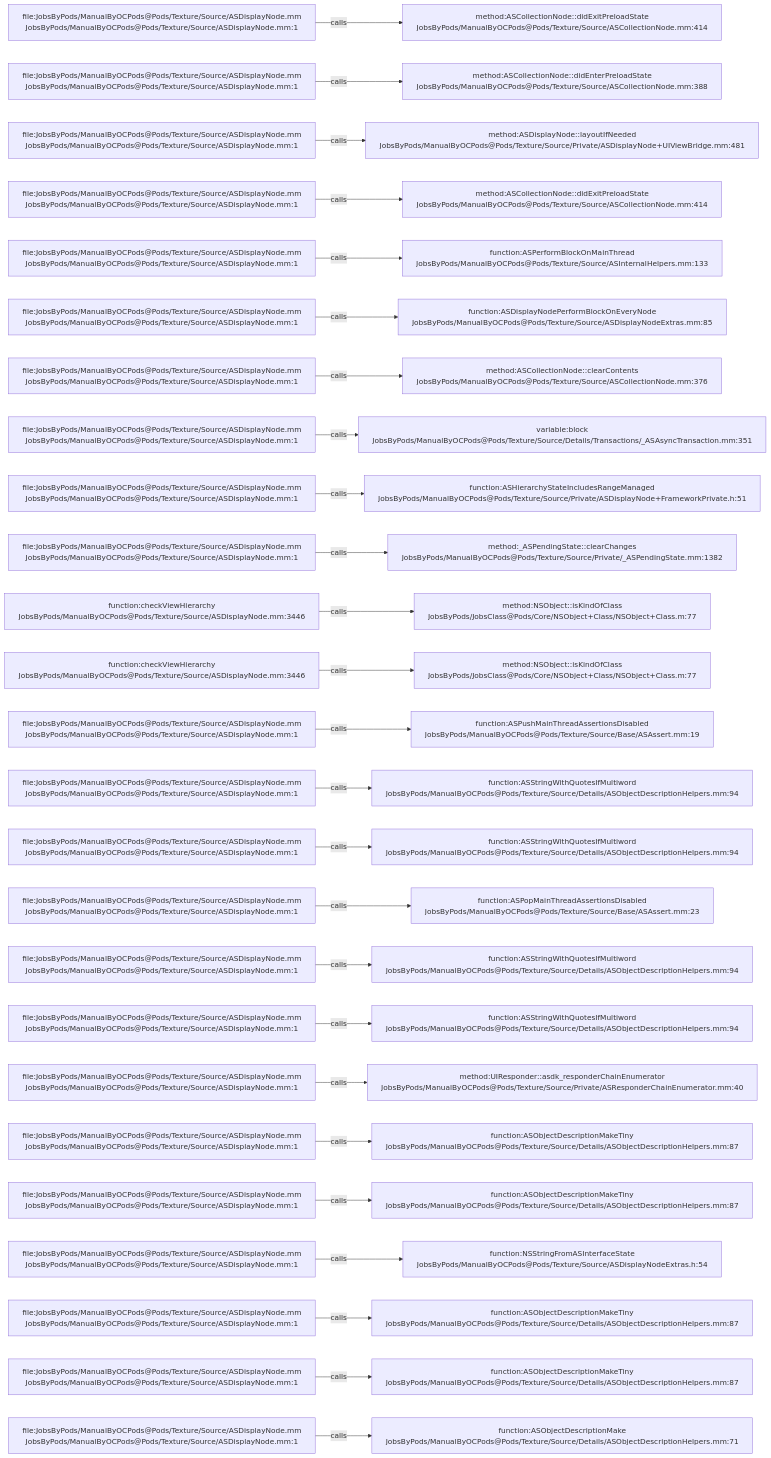
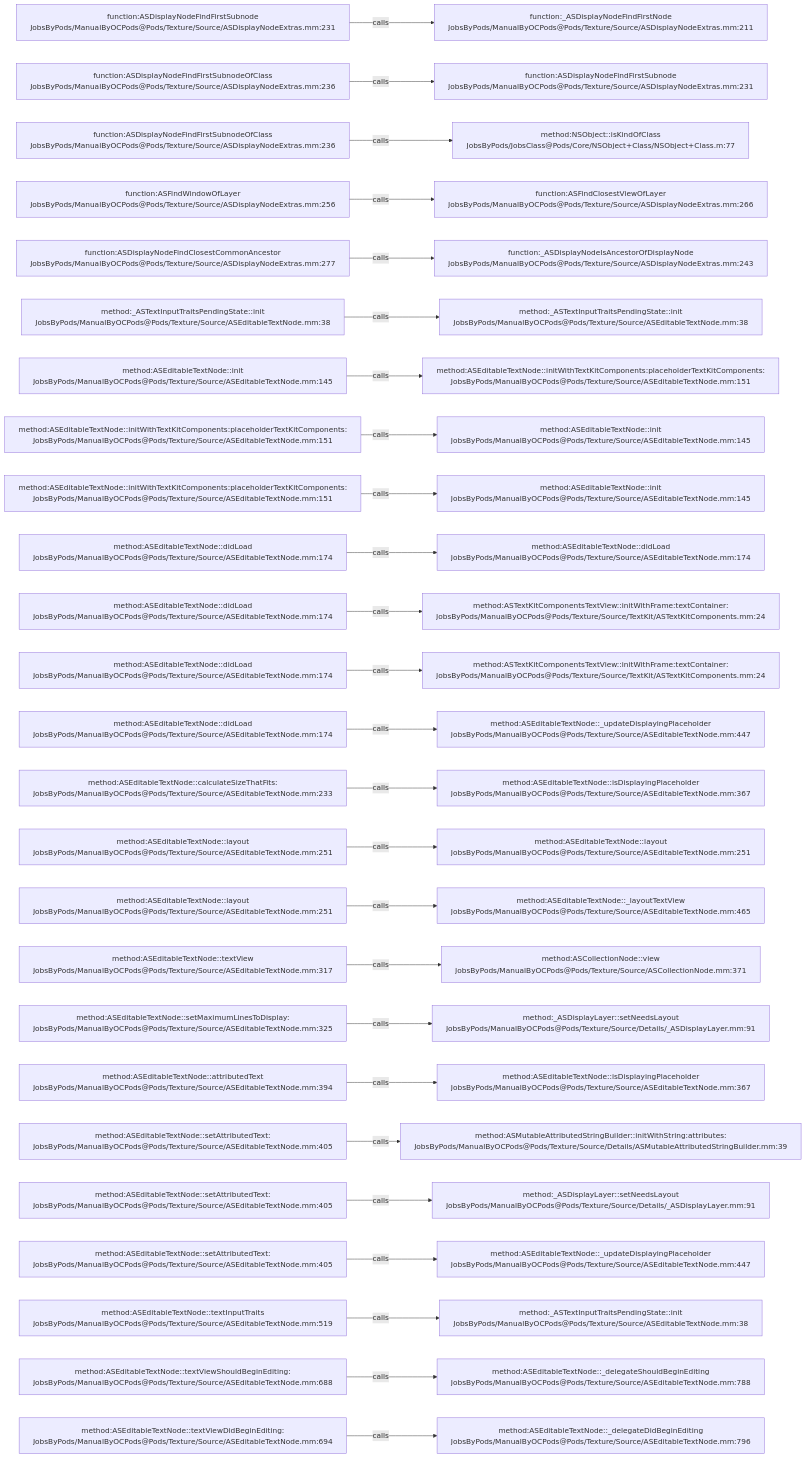
Before and after one commit to JobsKits/JobsOCBaseConfigDemo: the diagram in .codegraph/codegraph.md/graphs/calls-105.md, drawn with Mermaid. The commit also changed 1353 other files, not shown here.

````diff
--- a/.codegraph/codegraph.md/graphs/calls-105.md
+++ b/.codegraph/codegraph.md/graphs/calls-105.md
@@ -13,78 +13,78 @@
 ```mermaid
 flowchart LR
-  S1["file:JobsByPods/ManualByOCPods@Pods/Texture/Source/ASDisplayNode.mm<br/>JobsByPods/ManualByOCPods@Pods/Texture/Source/ASDisplayNode.mm:1"]
-  T1["method:ASCollectionNode::didExitPreloadState<br/>JobsByPods/ManualByOCPods@Pods/Texture/Source/ASCollectionNode.mm:414"]
+  S1["function:ASDisplayNodeFindFirstSubnode<br/>JobsByPods/ManualByOCPods@Pods/Texture/Source/ASDisplayNodeExtras.mm:231"]
+  T1["function:_ASDisplayNodeFindFirstNode<br/>JobsByPods/ManualByOCPods@Pods/Texture/Source/ASDisplayNodeExtras.mm:211"]
   S1 -->|calls| T1
-  S2["file:JobsByPods/ManualByOCPods@Pods/Texture/Source/ASDisplayNode.mm<br/>JobsByPods/ManualByOCPods@Pods/Texture/Source/ASDisplayNode.mm:1"]
-  T2["method:ASCollectionNode::didEnterPreloadState<br/>JobsByPods/ManualByOCPods@Pods/Texture/Source/ASCollectionNode.mm:388"]
+  S2["function:ASDisplayNodeFindFirstSubnodeOfClass<br/>JobsByPods/ManualByOCPods@Pods/Texture/Source/ASDisplayNodeExtras.mm:236"]
+  T2["function:ASDisplayNodeFindFirstSubnode<br/>JobsByPods/ManualByOCPods@Pods/Texture/Source/ASDisplayNodeExtras.mm:231"]
   S2 -->|calls| T2
-  S3["file:JobsByPods/ManualByOCPods@Pods/Texture/Source/ASDisplayNode.mm<br/>JobsByPods/ManualByOCPods@Pods/Texture/Source/ASDisplayNode.mm:1"]
-  T3["method:ASDisplayNode::layoutIfNeeded<br/>JobsByPods/ManualByOCPods@Pods/Texture/Source/Private/ASDisplayNode+UIViewBridge.mm:481"]
+  S3["function:ASDisplayNodeFindFirstSubnodeOfClass<br/>JobsByPods/ManualByOCPods@Pods/Texture/Source/ASDisplayNodeExtras.mm:236"]
+  T3["method:NSObject::isKindOfClass<br/>JobsByPods/JobsClass@Pods/Core/NSObject+Class/NSObject+Class.m:77"]
   S3 -->|calls| T3
-  S4["file:JobsByPods/ManualByOCPods@Pods/Texture/Source/ASDisplayNode.mm<br/>JobsByPods/ManualByOCPods@Pods/Texture/Source/ASDisplayNode.mm:1"]
-  T4["method:ASCollectionNode::didExitPreloadState<br/>JobsByPods/ManualByOCPods@Pods/Texture/Source/ASCollectionNode.mm:414"]
+  S4["function:ASFindWindowOfLayer<br/>JobsByPods/ManualByOCPods@Pods/Texture/Source/ASDisplayNodeExtras.mm:256"]
+  T4["function:ASFindClosestViewOfLayer<br/>JobsByPods/ManualByOCPods@Pods/Texture/Source/ASDisplayNodeExtras.mm:266"]
   S4 -->|calls| T4
-  S5["file:JobsByPods/ManualByOCPods@Pods/Texture/Source/ASDisplayNode.mm<br/>JobsByPods/ManualByOCPods@Pods/Texture/Source/ASDisplayNode.mm:1"]
-  T5["function:ASPerformBlockOnMainThread<br/>JobsByPods/ManualByOCPods@Pods/Texture/Source/ASInternalHelpers.mm:133"]
+  S5["function:ASDisplayNodeFindClosestCommonAncestor<br/>JobsByPods/ManualByOCPods@Pods/Texture/Source/ASDisplayNodeExtras.mm:277"]
+  T5["function:_ASDisplayNodeIsAncestorOfDisplayNode<br/>JobsByPods/ManualByOCPods@Pods/Texture/Source/ASDisplayNodeExtras.mm:243"]
   S5 -->|calls| T5
-  S6["file:JobsByPods/ManualByOCPods@Pods/Texture/Source/ASDisplayNode.mm<br/>JobsByPods/ManualByOCPods@Pods/Texture/Source/ASDisplayNode.mm:1"]
-  T6["function:ASDisplayNodePerformBlockOnEveryNode<br/>JobsByPods/ManualByOCPods@Pods/Texture/Source/ASDisplayNodeExtras.mm:85"]
+  S6["method:_ASTextInputTraitsPendingState::init<br/>JobsByPods/ManualByOCPods@Pods/Texture/Source/ASEditableTextNode.mm:38"]
+  T6["method:_ASTextInputTraitsPendingState::init<br/>JobsByPods/ManualByOCPods@Pods/Texture/Source/ASEditableTextNode.mm:38"]
   S6 -->|calls| T6
-  S7["file:JobsByPods/ManualByOCPods@Pods/Texture/Source/ASDisplayNode.mm<br/>JobsByPods/ManualByOCPods@Pods/Texture/Source/ASDisplayNode.mm:1"]
-  T7["method:ASCollectionNode::clearContents<br/>JobsByPods/ManualByOCPods@Pods/Texture/Source/ASCollectionNode.mm:376"]
+  S7["method:ASEditableTextNode::init<br/>JobsByPods/ManualByOCPods@Pods/Texture/Source/ASEditableTextNode.mm:145"]
+  T7["method:ASEditableTextNode::initWithTextKitComponents:placeholderTextKitComponents:<br/>JobsByPods/ManualByOCPods@Pods/Texture/Source/ASEditableTextNode.mm:151"]
   S7 -->|calls| T7
-  S8["file:JobsByPods/ManualByOCPods@Pods/Texture/Source/ASDisplayNode.mm<br/>JobsByPods/ManualByOCPods@Pods/Texture/Source/ASDisplayNode.mm:1"]
-  T8["variable:block<br/>JobsByPods/ManualByOCPods@Pods/Texture/Source/Details/Transactions/_ASAsyncTransaction.mm:351"]
+  S8["method:ASEditableTextNode::initWithTextKitComponents:placeholderTextKitComponents:<br/>JobsByPods/ManualByOCPods@Pods/Texture/Source/ASEditableTextNode.mm:151"]
+  T8["method:ASEditableTextNode::init<br/>JobsByPods/ManualByOCPods@Pods/Texture/Source/ASEditableTextNode.mm:145"]
   S8 -->|calls| T8
-  S9["file:JobsByPods/ManualByOCPods@Pods/Texture/Source/ASDisplayNode.mm<br/>JobsByPods/ManualByOCPods@Pods/Texture/Source/ASDisplayNode.mm:1"]
-  T9["function:ASHierarchyStateIncludesRangeManaged<br/>JobsByPods/ManualByOCPods@Pods/Texture/Source/Private/ASDisplayNode+FrameworkPrivate.h:51"]
+  S9["method:ASEditableTextNode::initWithTextKitComponents:placeholderTextKitComponents:<br/>JobsByPods/ManualByOCPods@Pods/Texture/Source/ASEditableTextNode.mm:151"]
+  T9["method:ASEditableTextNode::init<br/>JobsByPods/ManualByOCPods@Pods/Texture/Source/ASEditableTextNode.mm:145"]
   S9 -->|calls| T9
-  S10["file:JobsByPods/ManualByOCPods@Pods/Texture/Source/ASDisplayNode.mm<br/>JobsByPods/ManualByOCPods@Pods/Texture/Source/ASDisplayNode.mm:1"]
-  T10["method:_ASPendingState::clearChanges<br/>JobsByPods/ManualByOCPods@Pods/Texture/Source/Private/_ASPendingState.mm:1382"]
+  S10["method:ASEditableTextNode::didLoad<br/>JobsByPods/ManualByOCPods@Pods/Texture/Source/ASEditableTextNode.mm:174"]
+  T10["method:ASEditableTextNode::didLoad<br/>JobsByPods/ManualByOCPods@Pods/Texture/Source/ASEditableTextNode.mm:174"]
   S10 -->|calls| T10
-  S11["function:checkViewHierarchy<br/>JobsByPods/ManualByOCPods@Pods/Texture/Source/ASDisplayNode.mm:3446"]
-  T11["method:NSObject::isKindOfClass<br/>JobsByPods/JobsClass@Pods/Core/NSObject+Class/NSObject+Class.m:77"]
+  S11["method:ASEditableTextNode::didLoad<br/>JobsByPods/ManualByOCPods@Pods/Texture/Source/ASEditableTextNode.mm:174"]
+  T11["method:ASTextKitComponentsTextView::initWithFrame:textContainer:<br/>JobsByPods/ManualByOCPods@Pods/Texture/Source/TextKit/ASTextKitComponents.mm:24"]
   S11 -->|calls| T11
-  S12["function:checkViewHierarchy<br/>JobsByPods/ManualByOCPods@Pods/Texture/Source/ASDisplayNode.mm:3446"]
-  T12["method:NSObject::isKindOfClass<br/>JobsByPods/JobsClass@Pods/Core/NSObject+Class/NSObject+Class.m:77"]
+  S12["method:ASEditableTextNode::didLoad<br/>JobsByPods/ManualByOCPods@Pods/Texture/Source/ASEditableTextNode.mm:174"]
+  T12["method:ASTextKitComponentsTextView::initWithFrame:textContainer:<br/>JobsByPods/ManualByOCPods@Pods/Texture/Source/TextKit/ASTextKitComponents.mm:24"]
   S12 -->|calls| T12
-  S13["file:JobsByPods/ManualByOCPods@Pods/Texture/Source/ASDisplayNode.mm<br/>JobsByPods/ManualByOCPods@Pods/Texture/Source/ASDisplayNode.mm:1"]
-  T13["function:ASPushMainThreadAssertionsDisabled<br/>JobsByPods/ManualByOCPods@Pods/Texture/Source/Base/ASAssert.mm:19"]
+  S13["method:ASEditableTextNode::didLoad<br/>JobsByPods/ManualByOCPods@Pods/Texture/Source/ASEditableTextNode.mm:174"]
+  T13["method:ASEditableTextNode::_updateDisplayingPlaceholder<br/>JobsByPods/ManualByOCPods@Pods/Texture/Source/ASEditableTextNode.mm:447"]
   S13 -->|calls| T13
-  S14["file:JobsByPods/ManualByOCPods@Pods/Texture/Source/ASDisplayNode.mm<br/>JobsByPods/ManualByOCPods@Pods/Texture/Source/ASDisplayNode.mm:1"]
-  T14["function:ASStringWithQuotesIfMultiword<br/>JobsByPods/ManualByOCPods@Pods/Texture/Source/Details/ASObjectDescriptionHelpers.mm:94"]
+  S14["method:ASEditableTextNode::calculateSizeThatFits:<br/>JobsByPods/ManualByOCPods@Pods/Texture/Source/ASEditableTextNode.mm:233"]
+  T14["method:ASEditableTextNode::isDisplayingPlaceholder<br/>JobsByPods/ManualByOCPods@Pods/Texture/Source/ASEditableTextNode.mm:367"]
   S14 -->|calls| T14
-  S15["file:JobsByPods/ManualByOCPods@Pods/Texture/Source/ASDisplayNode.mm<br/>JobsByPods/ManualByOCPods@Pods/Texture/Source/ASDisplayNode.mm:1"]
-  T15["function:ASStringWithQuotesIfMultiword<br/>JobsByPods/ManualByOCPods@Pods/Texture/Source/Details/ASObjectDescriptionHelpers.mm:94"]
+  S15["method:ASEditableTextNode::layout<br/>JobsByPods/ManualByOCPods@Pods/Texture/Source/ASEditableTextNode.mm:251"]
+  T15["method:ASEditableTextNode::layout<br/>JobsByPods/ManualByOCPods@Pods/Texture/Source/ASEditableTextNode.mm:251"]
   S15 -->|calls| T15
-  S16["file:JobsByPods/ManualByOCPods@Pods/Texture/Source/ASDisplayNode.mm<br/>JobsByPods/ManualByOCPods@Pods/Texture/Source/ASDisplayNode.mm:1"]
-  T16["function:ASPopMainThreadAssertionsDisabled<br/>JobsByPods/ManualByOCPods@Pods/Texture/Source/Base/ASAssert.mm:23"]
+  S16["method:ASEditableTextNode::layout<br/>JobsByPods/ManualByOCPods@Pods/Texture/Source/ASEditableTextNode.mm:251"]
+  T16["method:ASEditableTextNode::_layoutTextView<br/>JobsByPods/ManualByOCPods@Pods/Texture/Source/ASEditableTextNode.mm:465"]
   S16 -->|calls| T16
-  S17["file:JobsByPods/ManualByOCPods@Pods/Texture/Source/ASDisplayNode.mm<br/>JobsByPods/ManualByOCPods@Pods/Texture/Source/ASDisplayNode.mm:1"]
-  T17["function:ASStringWithQuotesIfMultiword<br/>JobsByPods/ManualByOCPods@Pods/Texture/Source/Details/ASObjectDescriptionHelpers.mm:94"]
+  S17["method:ASEditableTextNode::textView<br/>JobsByPods/ManualByOCPods@Pods/Texture/Source/ASEditableTextNode.mm:317"]
+  T17["method:ASCollectionNode::view<br/>JobsByPods/ManualByOCPods@Pods/Texture/Source/ASCollectionNode.mm:371"]
   S17 -->|calls| T17
-  S18["file:JobsByPods/ManualByOCPods@Pods/Texture/Source/ASDisplayNode.mm<br/>JobsByPods/ManualByOCPods@Pods/Texture/Source/ASDisplayNode.mm:1"]
-  T18["function:ASStringWithQuotesIfMultiword<br/>JobsByPods/ManualByOCPods@Pods/Texture/Source/Details/ASObjectDescriptionHelpers.mm:94"]
+  S18["method:ASEditableTextNode::setMaximumLinesToDisplay:<br/>JobsByPods/ManualByOCPods@Pods/Texture/Source/ASEditableTextNode.mm:325"]
+  T18["method:_ASDisplayLayer::setNeedsLayout<br/>JobsByPods/ManualByOCPods@Pods/Texture/Source/Details/_ASDisplayLayer.mm:91"]
   S18 -->|calls| T18
-  S19["file:JobsByPods/ManualByOCPods@Pods/Texture/Source/ASDisplayNode.mm<br/>JobsByPods/ManualByOCPods@Pods/Texture/Source/ASDisplayNode.mm:1"]
-  T19["method:UIResponder::asdk_responderChainEnumerator<br/>JobsByPods/ManualByOCPods@Pods/Texture/Source/Private/ASResponderChainEnumerator.mm:40"]
+  S19["method:ASEditableTextNode::attributedText<br/>JobsByPods/ManualByOCPods@Pods/Texture/Source/ASEditableTextNode.mm:394"]
+  T19["method:ASEditableTextNode::isDisplayingPlaceholder<br/>JobsByPods/ManualByOCPods@Pods/Texture/Source/ASEditableTextNode.mm:367"]
   S19 -->|calls| T19
-  S20["file:JobsByPods/ManualByOCPods@Pods/Texture/Source/ASDisplayNode.mm<br/>JobsByPods/ManualByOCPods@Pods/Texture/Source/ASDisplayNode.mm:1"]
-  T20["function:ASObjectDescriptionMakeTiny<br/>JobsByPods/ManualByOCPods@Pods/Texture/Source/Details/ASObjectDescriptionHelpers.mm:87"]
+  S20["method:ASEditableTextNode::setAttributedText:<br/>JobsByPods/ManualByOCPods@Pods/Texture/Source/ASEditableTextNode.mm:405"]
+  T20["method:ASMutableAttributedStringBuilder::initWithString:attributes:<br/>JobsByPods/ManualByOCPods@Pods/Texture/Source/Details/ASMutableAttributedStringBuilder.mm:39"]
   S20 -->|calls| T20
-  S21["file:JobsByPods/ManualByOCPods@Pods/Texture/Source/ASDisplayNode.mm<br/>JobsByPods/ManualByOCPods@Pods/Texture/Source/ASDisplayNode.mm:1"]
-  T21["function:ASObjectDescriptionMakeTiny<br/>JobsByPods/ManualByOCPods@Pods/Texture/Source/Details/ASObjectDescriptionHelpers.mm:87"]
+  S21["method:ASEditableTextNode::setAttributedText:<br/>JobsByPods/ManualByOCPods@Pods/Texture/Source/ASEditableTextNode.mm:405"]
+  T21["method:_ASDisplayLayer::setNeedsLayout<br/>JobsByPods/ManualByOCPods@Pods/Texture/Source/Details/_ASDisplayLayer.mm:91"]
   S21 -->|calls| T21
-  S22["file:JobsByPods/ManualByOCPods@Pods/Texture/Source/ASDisplayNode.mm<br/>JobsByPods/ManualByOCPods@Pods/Texture/Source/ASDisplayNode.mm:1"]
-  T22["function:NSStringFromASInterfaceState<br/>JobsByPods/ManualByOCPods@Pods/Texture/Source/ASDisplayNodeExtras.h:54"]
+  S22["method:ASEditableTextNode::setAttributedText:<br/>JobsByPods/ManualByOCPods@Pods/Texture/Source/ASEditableTextNode.mm:405"]
+  T22["method:ASEditableTextNode::_updateDisplayingPlaceholder<br/>JobsByPods/ManualByOCPods@Pods/Texture/Source/ASEditableTextNode.mm:447"]
   S22 -->|calls| T22
-  S23["file:JobsByPods/ManualByOCPods@Pods/Texture/Source/ASDisplayNode.mm<br/>JobsByPods/ManualByOCPods@Pods/Texture/Source/ASDisplayNode.mm:1"]
-  T23["function:ASObjectDescriptionMakeTiny<br/>JobsByPods/ManualByOCPods@Pods/Texture/Source/Details/ASObjectDescriptionHelpers.mm:87"]
+  S23["method:ASEditableTextNode::textInputTraits<br/>JobsByPods/ManualByOCPods@Pods/Texture/Source/ASEditableTextNode.mm:519"]
+  T23["method:_ASTextInputTraitsPendingState::init<br/>JobsByPods/ManualByOCPods@Pods/Texture/Source/ASEditableTextNode.mm:38"]
   S23 -->|calls| T23
-  S24["file:JobsByPods/ManualByOCPods@Pods/Texture/Source/ASDisplayNode.mm<br/>JobsByPods/ManualByOCPods@Pods/Texture/Source/ASDisplayNode.mm:1"]
-  T24["function:ASObjectDescriptionMakeTiny<br/>JobsByPods/ManualByOCPods@Pods/Texture/Source/Details/ASObjectDescriptionHelpers.mm:87"]
+  S24["method:ASEditableTextNode::textViewShouldBeginEditing:<br/>JobsByPods/ManualByOCPods@Pods/Texture/Source/ASEditableTextNode.mm:688"]
+  T24["method:ASEditableTextNode::_delegateShouldBeginEditing<br/>JobsByPods/ManualByOCPods@Pods/Texture/Source/ASEditableTextNode.mm:788"]
   S24 -->|calls| T24
-  S25["file:JobsByPods/ManualByOCPods@Pods/Texture/Source/ASDisplayNode.mm<br/>JobsByPods/ManualByOCPods@Pods/Texture/Source/ASDisplayNode.mm:1"]
-  T25["function:ASObjectDescriptionMake<br/>JobsByPods/ManualByOCPods@Pods/Texture/Source/Details/ASObjectDescriptionHelpers.mm:71"]
+  S25["method:ASEditableTextNode::textViewDidBeginEditing:<br/>JobsByPods/ManualByOCPods@Pods/Texture/Source/ASEditableTextNode.mm:694"]
+  T25["method:ASEditableTextNode::_delegateDidBeginEditing<br/>JobsByPods/ManualByOCPods@Pods/Texture/Source/ASEditableTextNode.mm:796"]
   S25 -->|calls| T25
 ```
````
